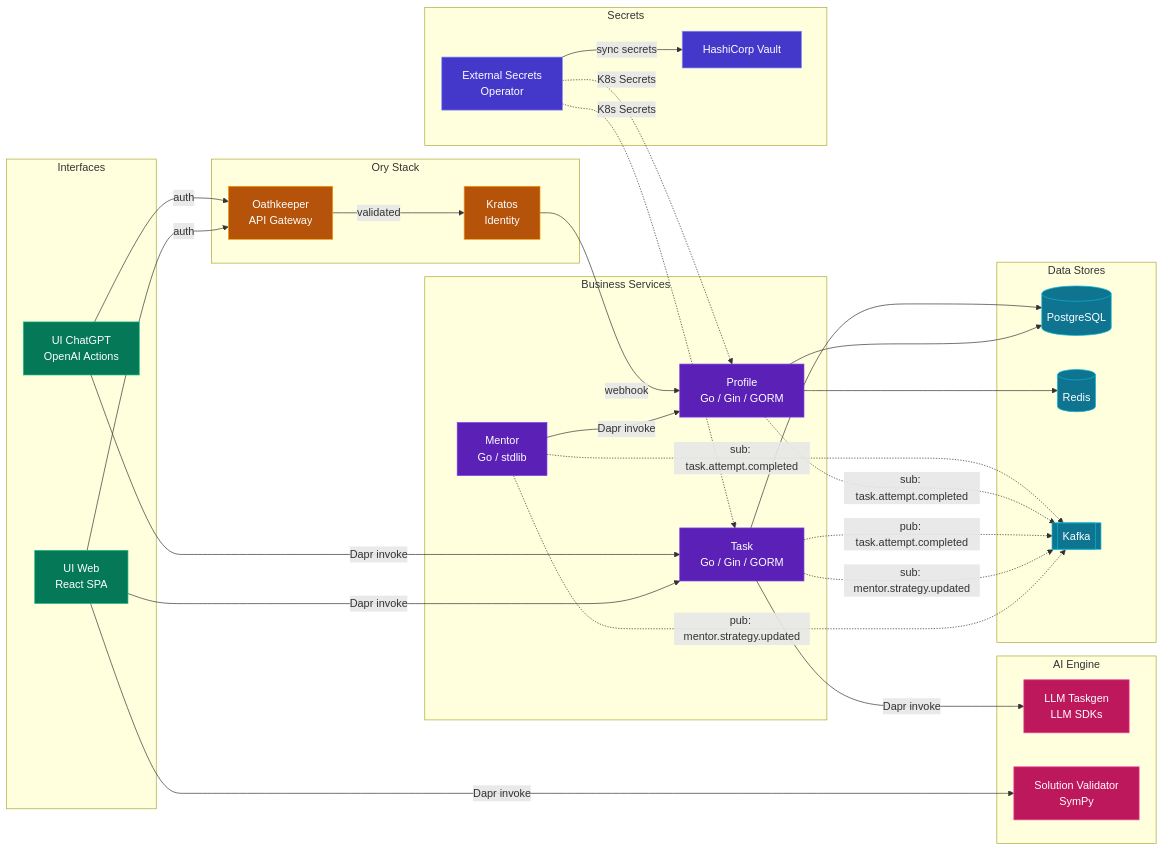
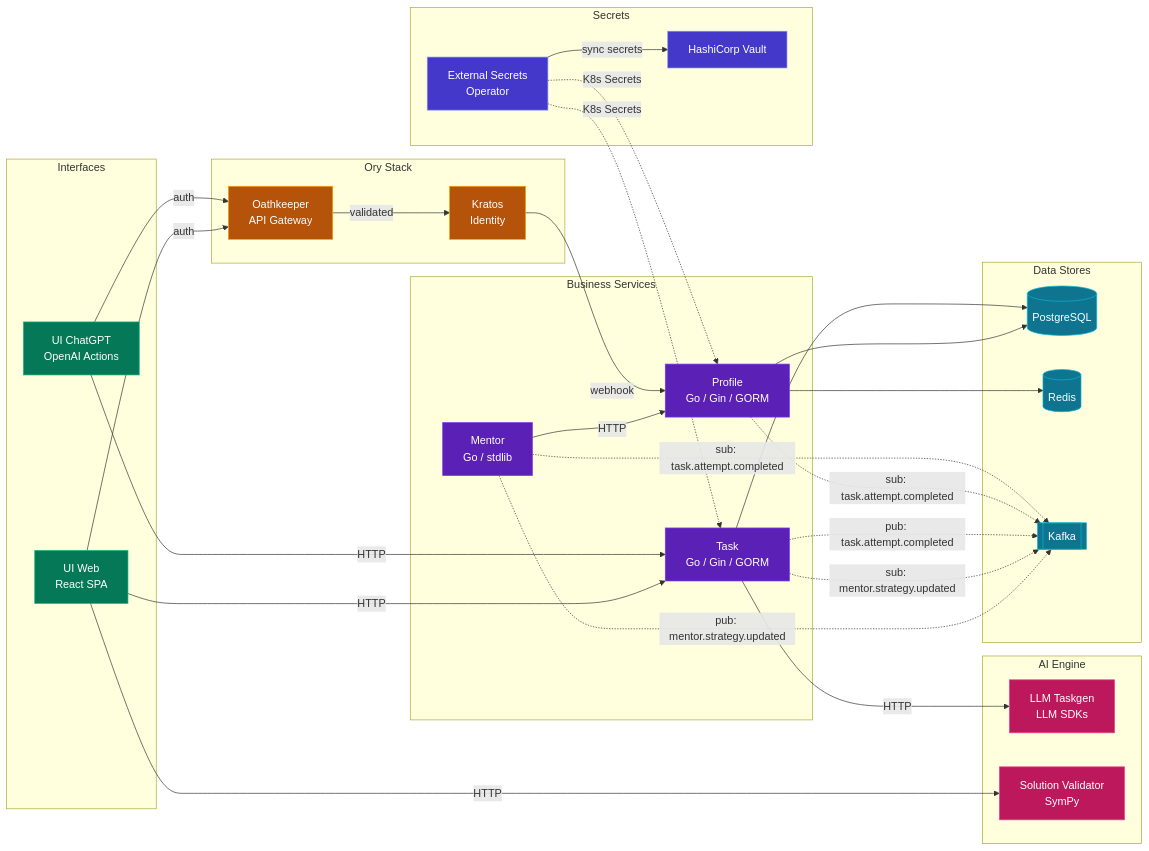
Before and after one commit to MathTrail/core: the first of 3 diagrams in docs/architecture/services.md, drawn with Mermaid. The commit also changed other lines of this file and 10 other files, not shown here.

````diff
--- a/docs/architecture/services.md
+++ b/docs/architecture/services.md
@@ -7,75 +7,75 @@
 ```mermaid
 graph LR
     subgraph Interfaces
         UI[UI Web<br/>React SPA]
         ChatGPT[UI ChatGPT<br/>OpenAI Actions]
     end
 
     subgraph Ory Stack
         OK[Oathkeeper<br/>API Gateway]
         KR[Kratos<br/>Identity]
     end
 
     subgraph Business Services
         Mentor[Mentor<br/>Go / stdlib]
         Profile[Profile<br/>Go / Gin / GORM]
         Task[Task<br/>Go / Gin / GORM]
     end
 
     subgraph AI Engine
         LLM[LLM Taskgen<br/>LLM SDKs]
         Validator[Solution Validator<br/>SymPy]
     end
 
     subgraph Data Stores
         PG[(PostgreSQL)]
         Redis[(Redis)]
         Kafka[[Kafka]]
     end
 
     subgraph Secrets
         Vault[HashiCorp Vault]
         ESO[External Secrets<br/>Operator]
     end
 
     UI -->|auth| OK
     ChatGPT -->|auth| OK
     OK -->|validated| KR
 
-    UI -->|Dapr invoke| Task
-    UI -->|Dapr invoke| Validator
-    ChatGPT -->|Dapr invoke| Task
+    UI -->|HTTP| Task
+    UI -->|HTTP| Validator
+    ChatGPT -->|HTTP| Task
 
-    Mentor -->|Dapr invoke| Profile
-    Task -->|Dapr invoke| LLM
+    Mentor -->|HTTP| Profile
+    Task -->|HTTP| LLM
 
     KR -->|webhook| Profile
 
     Mentor -.->|pub: mentor.strategy.updated| Kafka
     Task -.->|sub: mentor.strategy.updated| Kafka
     Task -.->|pub: task.attempt.completed| Kafka
     Profile -.->|sub: task.attempt.completed| Kafka
     Mentor -.->|sub: task.attempt.completed| Kafka
 
     Profile --> PG
     Profile --> Redis
     Task --> PG
 
     ESO -->|sync secrets| Vault
     ESO -.->|K8s Secrets| Profile
     ESO -.->|K8s Secrets| Task
 
-    classDef dapr fill:#5b21b6,stroke:#7c3aed,color:#fff
+    classDef svc fill:#5b21b6,stroke:#7c3aed,color:#fff
     classDef storage fill:#0e7490,stroke:#06b6d4,color:#fff
     classDef ory fill:#b45309,stroke:#f59e0b,color:#fff
     classDef ui fill:#047857,stroke:#10b981,color:#fff
     classDef ai fill:#be185d,stroke:#ec4899,color:#fff
     classDef secret fill:#4338ca,stroke:#818cf8,color:#fff
 
-    class Mentor,Profile,Task dapr
+    class Mentor,Profile,Task svc
     class PG,Redis,Kafka storage
     class OK,KR ory
     class UI,ChatGPT ui
     class LLM,Validator ai
     class Vault,ESO secret
 ```
````
